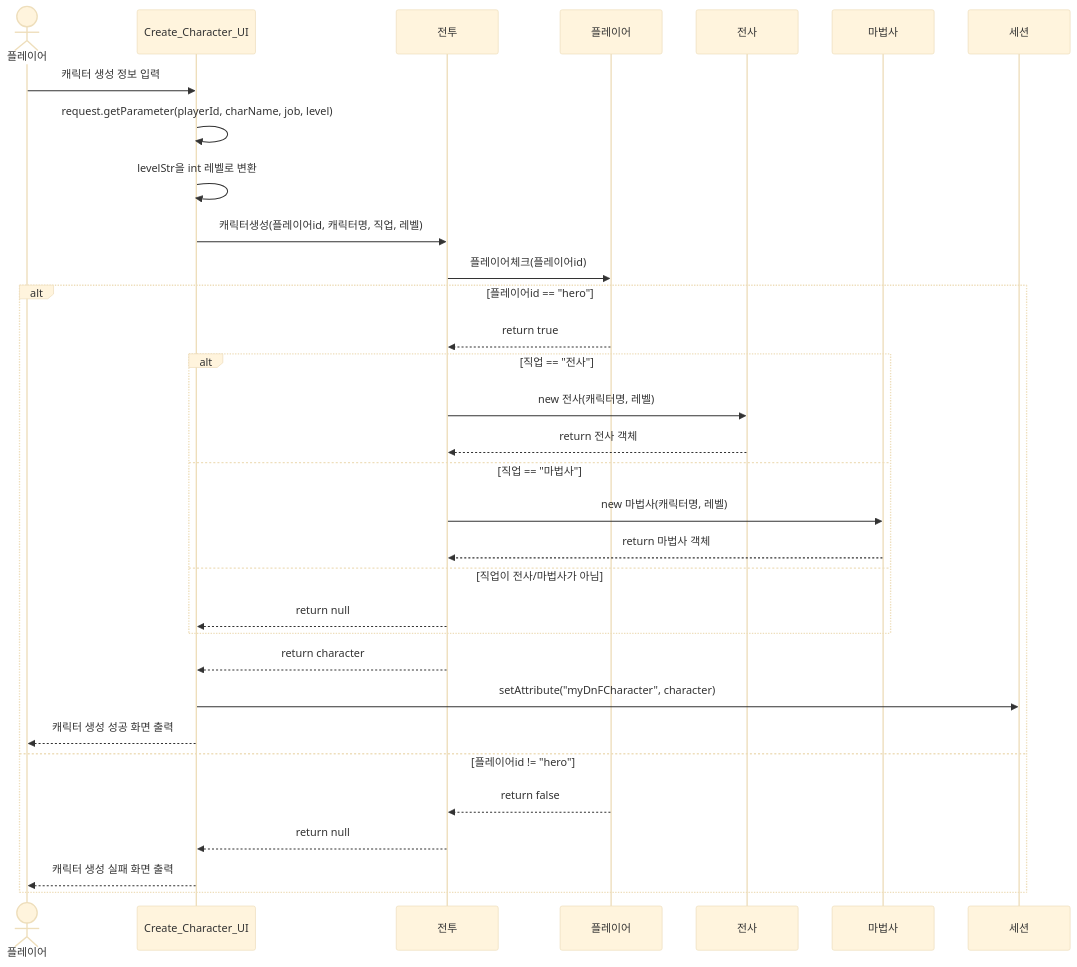
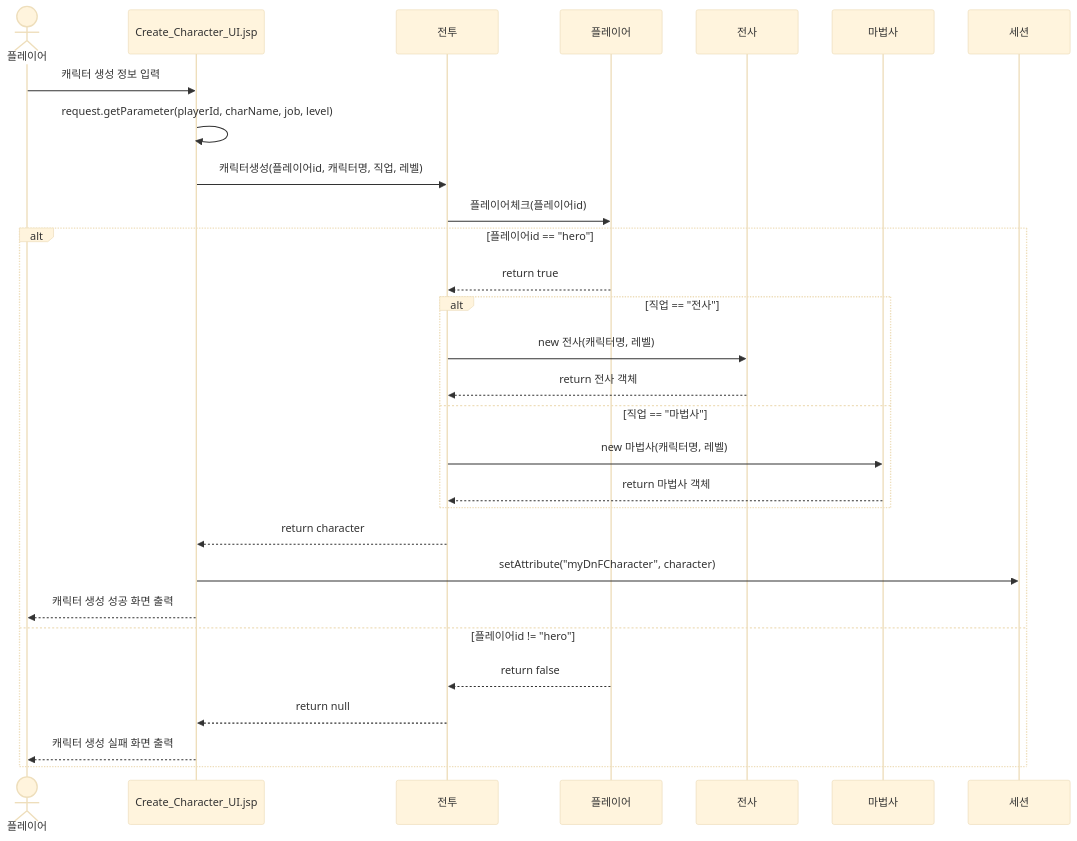
Before and after one commit to seonwung/DnF_Nattle_B_04: the diagram in 캐릭터생성_순차도.md, drawn with Mermaid (base theme).

````diff
--- a/캐릭터생성_순차도.md
+++ b/캐릭터생성_순차도.md
@@ -1,40 +1,37 @@
 ```mermaid
 sequenceDiagram
     actor Player as 플레이어
-    participant UI as Create_Character_UI
+    participant UI as Create_Character_UI.jsp
     participant Battle as 전투
     participant PlayerClass as 플레이어
     participant Warrior as 전사
     participant Mage as 마법사
     participant Session as 세션
 
     Player->>UI: 캐릭터 생성 정보 입력
     UI->>UI: request.getParameter(playerId, charName, job, level)
-    UI->>UI: levelStr을 int 레벨로 변환
 
     UI->>Battle: 캐릭터생성(플레이어id, 캐릭터명, 직업, 레벨)
     Battle->>PlayerClass: 플레이어체크(플레이어id)
 
     alt 플레이어id == "hero"
         PlayerClass-->>Battle: return true
 
         alt 직업 == "전사"
             Battle->>Warrior: new 전사(캐릭터명, 레벨)
             Warrior-->>Battle: return 전사 객체
         else 직업 == "마법사"
             Battle->>Mage: new 마법사(캐릭터명, 레벨)
             Mage-->>Battle: return 마법사 객체
-        else 직업이 전사/마법사가 아님
-            Battle-->>UI: return null
         end
 
         Battle-->>UI: return character
         UI->>Session: setAttribute("myDnFCharacter", character)
         UI-->>Player: 캐릭터 생성 성공 화면 출력
 
     else 플레이어id != "hero"
         PlayerClass-->>Battle: return false
         Battle-->>UI: return null
         UI-->>Player: 캐릭터 생성 실패 화면 출력
     end
 ```
````
